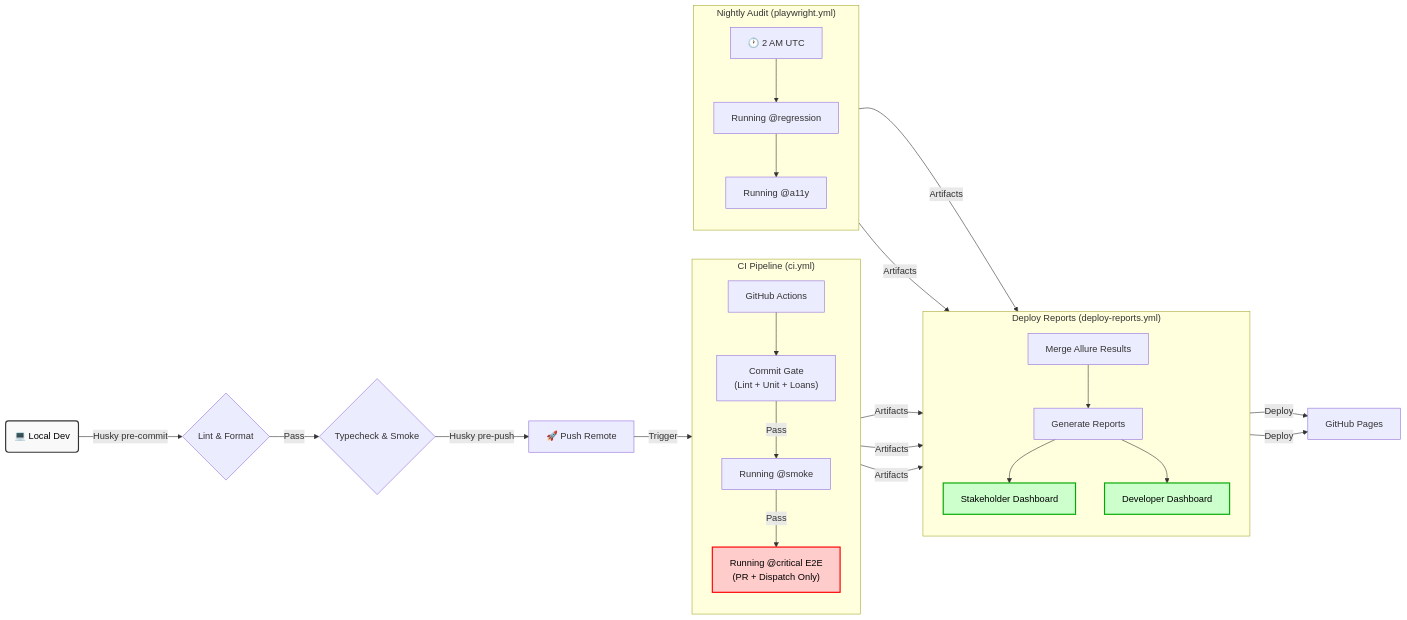
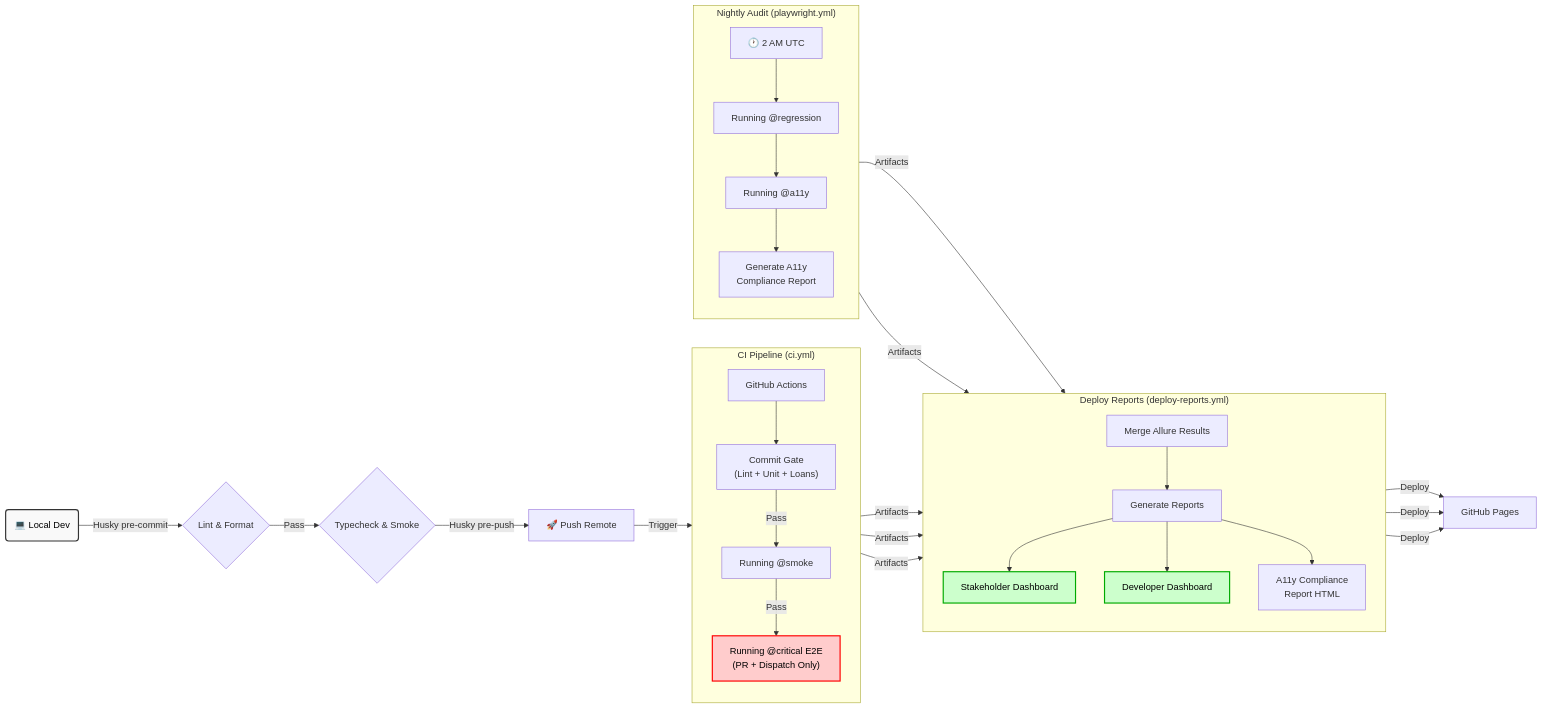
One commit to theRainMaker1001/QA-Automation-Suites changed the second of 2 diagrams in docs/TECHNICAL-DESIGN.MD. Above: the diagram before and after it, drawn with Mermaid. The commit also changed other lines of this file and 7 other files, not shown here.

````diff
--- a/docs/TECHNICAL-DESIGN.MD
+++ b/docs/TECHNICAL-DESIGN.MD
@@ -137,40 +137,43 @@
 ```mermaid
 graph LR
     Local(💻 Local Dev) -->|Husky pre-commit| Gate1{Lint & Format}
     Gate1 -->|Pass| Gate2{Typecheck & Smoke}
     Gate2 -->|Husky pre-push| Push[🚀 Push Remote]
     Push -->|Trigger| CI[GitHub Actions]
 
     subgraph "CI Pipeline (ci.yml)"
     direction TB
     CI --> CommitGate["Commit Gate<br/>(Lint + Unit + Loans)"]
     CommitGate -->|Pass| Smoke[Running @smoke]
     Smoke -->|Pass| Critical["Running @critical E2E<br/>(PR + Dispatch Only)"]
     end
 
     subgraph "Nightly Audit (playwright.yml)"
     direction TB
     Nightly[🕐 2 AM UTC] --> Regression[Running @regression]
     Regression --> A11y[Running @a11y]
+    A11y --> A11yReport[Generate A11y<br/>Compliance Report]
     end
 
     subgraph "Deploy Reports (deploy-reports.yml)"
     direction TB
     Merge[Merge Allure Results] --> Generate[Generate Reports]
     Generate --> Stakeholder[Stakeholder Dashboard]
     Generate --> Allure[Developer Dashboard]
+    Generate --> A11yHTML[A11y Compliance<br/>Report HTML]
     end
 
     CommitGate -->|Artifacts| Merge
     Smoke -->|Artifacts| Merge
     Critical -->|Artifacts| Merge
     Regression -->|Artifacts| Merge
-    A11y -->|Artifacts| Merge
+    A11yReport -->|Artifacts| Merge
     Stakeholder -->|Deploy| Pages[GitHub Pages]
     Allure -->|Deploy| Pages
+    A11yHTML -->|Deploy| Pages
 
     style Local fill:#f9f9f9,stroke:#333,stroke-width:2px,color:black
     style Critical fill:#ffcccc,stroke:#ff0000,stroke-width:2px,color:black
     style Stakeholder fill:#ccffcc,stroke:#00aa00,stroke-width:2px,color:black
     style Allure fill:#ccffcc,stroke:#00aa00,stroke-width:2px,color:black
 ```
````
